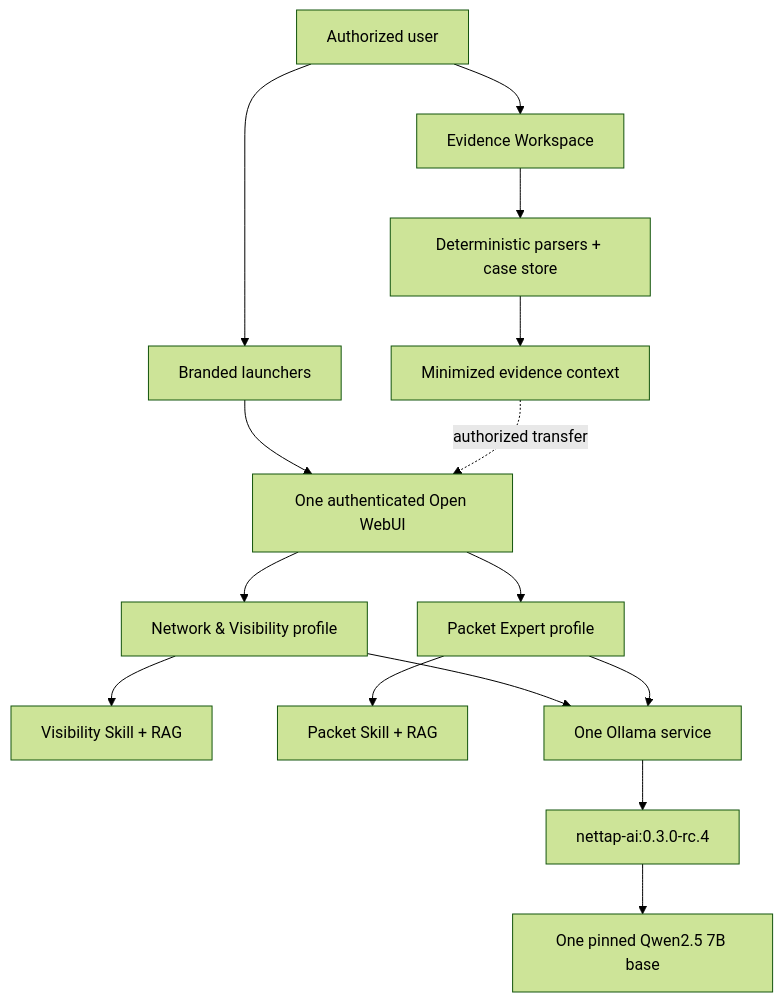
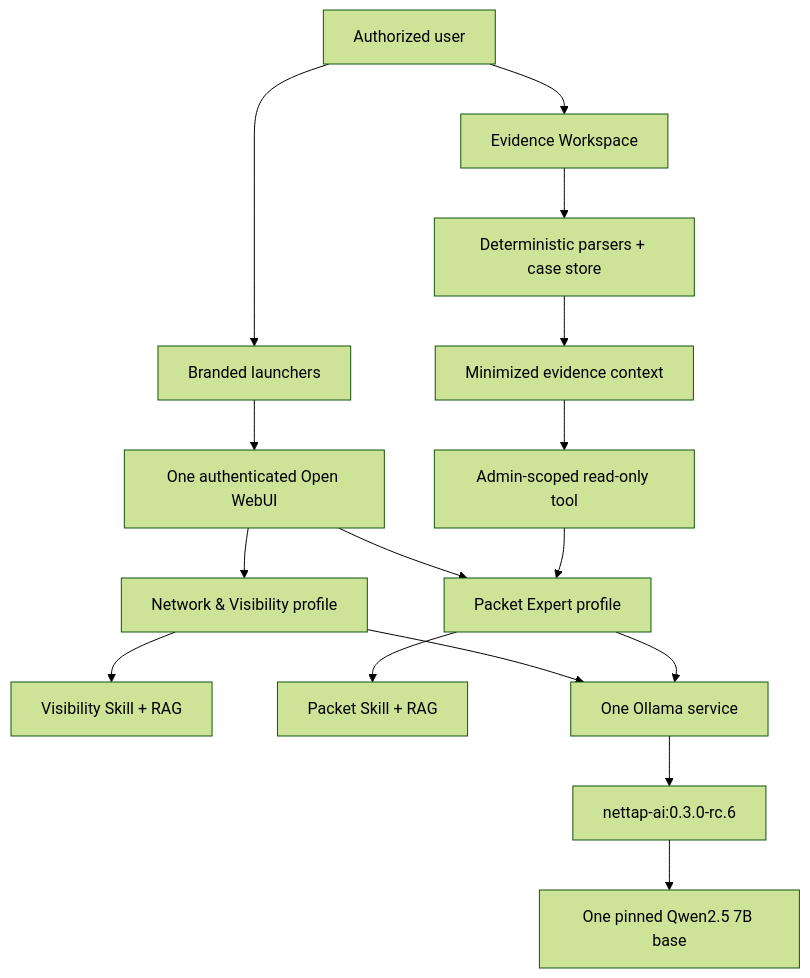
The first of 2 diagrams in docs/ARCHITECTURE.md (mpdwyer2367/nettap-packet-expert), drawn with Mermaid (forest theme) before and after one commit. The commit also changed other lines of this file and 86 other files, not shown here.

````diff
--- a/docs/ARCHITECTURE.md
+++ b/docs/ARCHITECTURE.md
@@ -7,17 +7,18 @@
 ```mermaid
 flowchart TB
     U["Authorized user"] --> L["Branded launchers"]
     L --> W["One authenticated Open WebUI"]
     W --> V["Network & Visibility profile"]
     W --> P["Packet Expert profile"]
     V --> VR["Visibility Skill + RAG"]
     P --> PR["Packet Skill + RAG"]
     V --> O["One Ollama service"]
     P --> O
-    O --> M["nettap-ai:0.3.0-rc.4"]
+    O --> M["nettap-ai:0.3.0-rc.6"]
     M --> Q["One pinned Qwen2.5 7B base"]
     U --> E["Evidence Workspace"]
     E --> D["Deterministic parsers + case store"]
     D --> X["Minimized evidence context"]
-    X -. "authorized transfer" .-> W
+    X --> T["Admin-scoped read-only tool"]
+    T --> P
 ```
````
